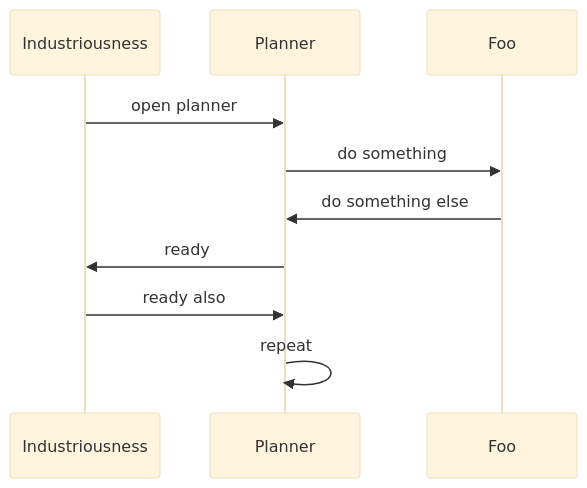
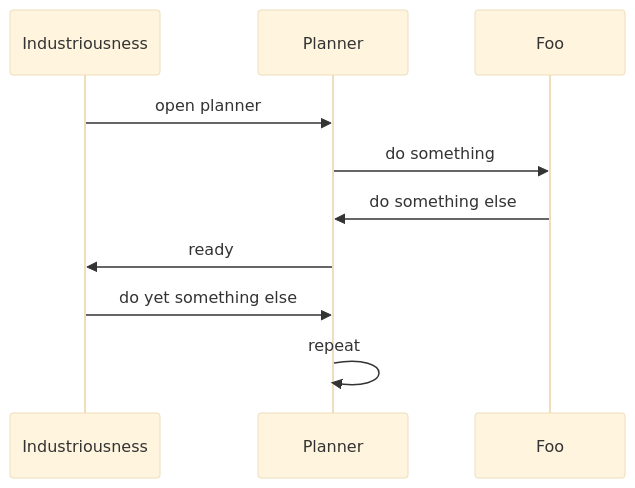
Before and after one commit to vanHeemstraSystems/industriousness: the second of 2 diagrams in 300/README.md, drawn with Mermaid (base theme).

````diff
--- a/300/README.md
+++ b/300/README.md
@@ -21,12 +21,12 @@
 ```mermaid
 sequenceDiagram
     participant Industriousness
     participant Planner
     participant Foo
     Industriousness->>Planner: open planner
     Planner->>Foo: do something
     Foo->>Planner: do something else
     Planner->>Industriousness: ready
-    Industriousness->>Planner: ready also
+    Industriousness->>Planner: do yet something else
     Planner->>Planner: repeat
 ```
````
